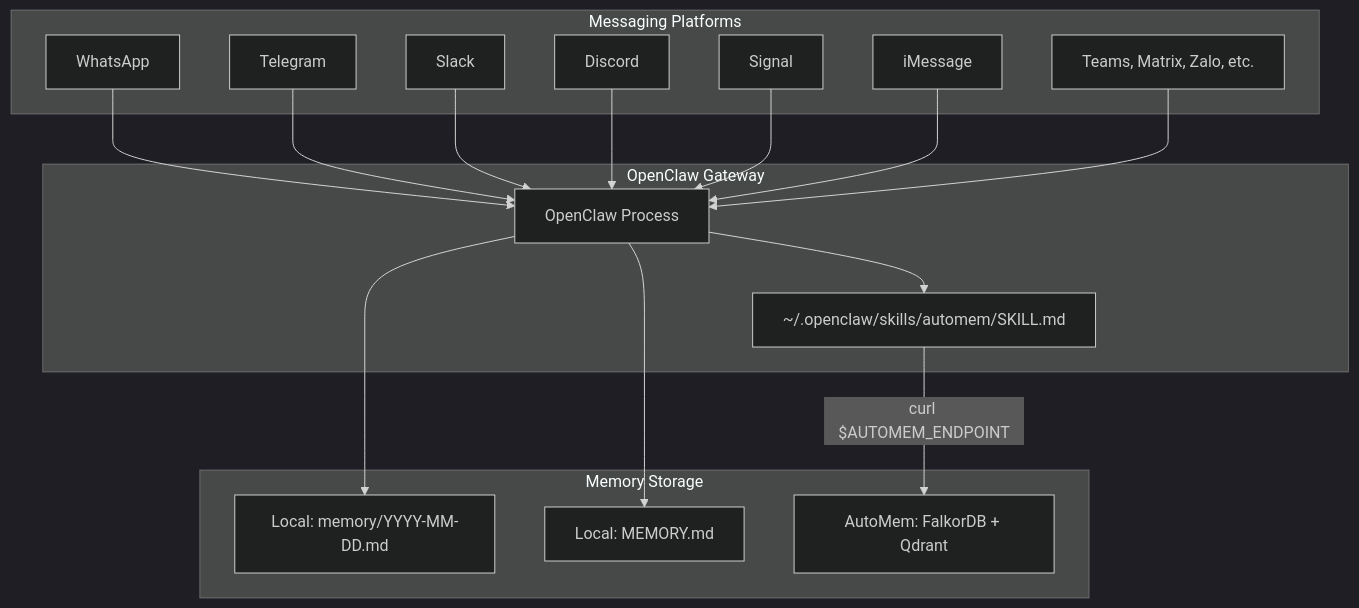
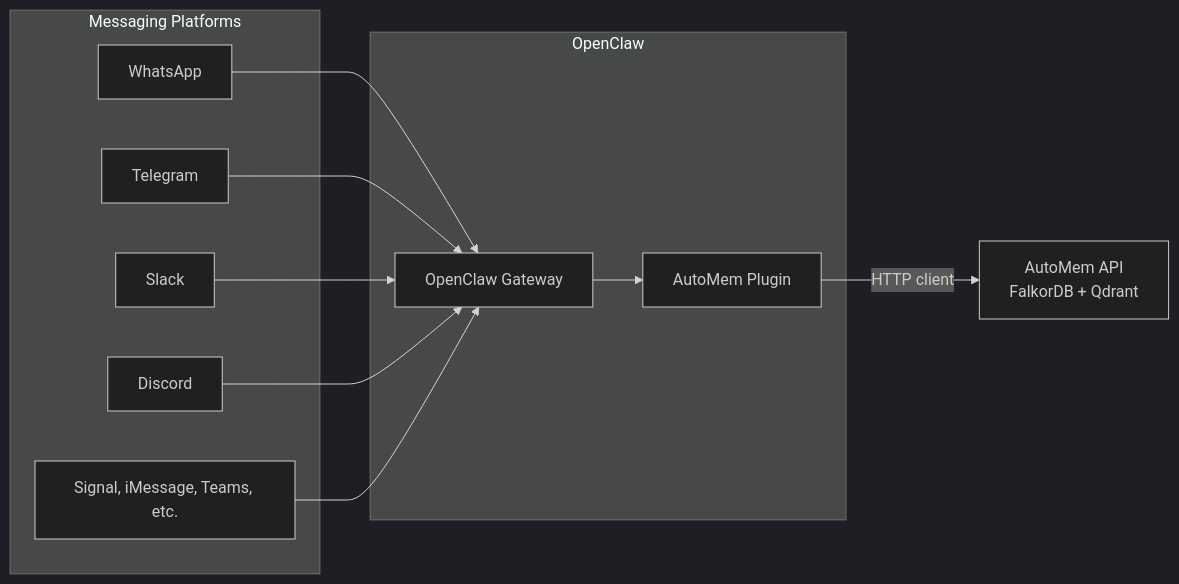
One commit to verygoodplugins/automem-website changed the diagram in src/content/docs/docs/platforms/openclaw.md. Above: the diagram before and after it, drawn with Mermaid (dark theme). The commit also changed other lines of this file and 4 other files, not shown here.

First line of the commit message:
docs: update OpenClaw docs for three-mode setup (plugin/MCP/skill)

````diff
--- a/src/content/docs/docs/platforms/openclaw.md
+++ b/src/content/docs/docs/platforms/openclaw.md
@@ -28,37 +32,26 @@
 ```mermaid
-graph TB
+graph LR
     subgraph "Messaging Platforms"
         WA["WhatsApp"]
         TG["Telegram"]
         SL["Slack"]
         DC["Discord"]
-        SG["Signal"]
-        IM["iMessage"]
-        OT["Teams, Matrix, Zalo, etc."]
+        OT["Signal, iMessage, Teams, etc."]
     end
 
-    subgraph "OpenClaw Gateway"
-        OC["OpenClaw Process"]
-        SK["~/.openclaw/skills/automem/SKILL.md"]
+    subgraph "OpenClaw"
+        OC["OpenClaw Gateway"]
+        PL["AutoMem Plugin"]
     end
 
-    subgraph "Memory Storage"
-        LOCAL["Local: memory/YYYY-MM-DD.md"]
-        CURATED["Local: MEMORY.md"]
-        AUTOMEM["AutoMem: FalkorDB + Qdrant"]
-    end
+    AM["AutoMem API<br/>FalkorDB + Qdrant"]
 
     WA --> OC
     TG --> OC
     SL --> OC
     DC --> OC
-    SG --> OC
-    IM --> OC
     OT --> OC
 
-    OC --> SK
-    SK -->|"curl $AUTOMEM_ENDPOINT"| AUTOMEM
-
-    OC --> LOCAL
-    OC --> CURATED
+    OC --> PL
+    PL -->|"HTTP client"| AM
 ```
````
